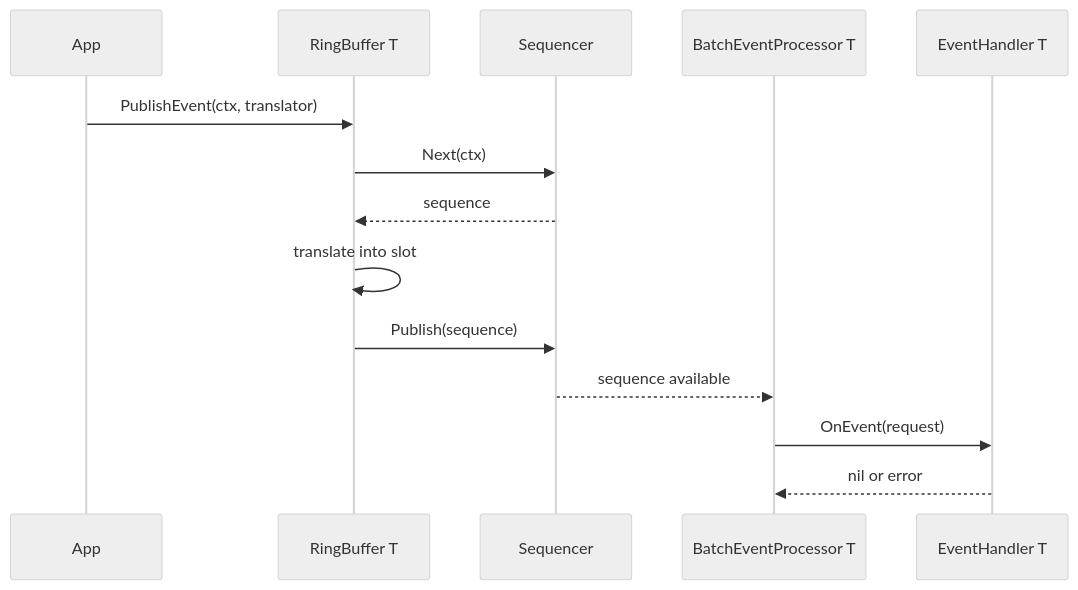
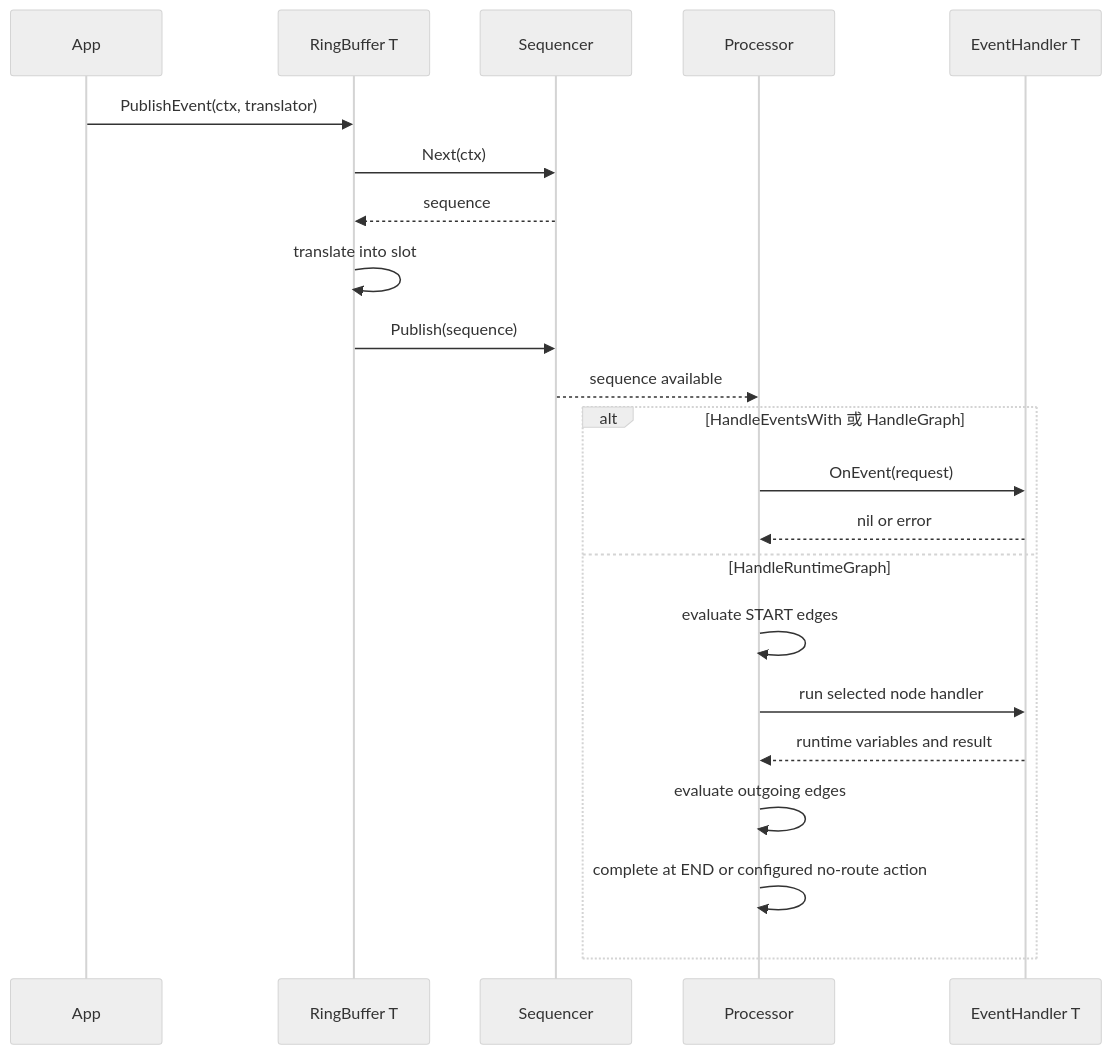
One commit to photowey/disruptor.go changed the second of 5 diagrams in README.zh-CN.md. Above: the diagram before and after it, drawn with Mermaid (neutral theme). The commit also changed other lines of this file and 3 other files, not shown here.

Commit message:
docs: sync runtime graph diagrams

````diff
--- a/README.zh-CN.md
+++ b/README.zh-CN.md
@@ -169,17 +196,25 @@
 ```mermaid
 sequenceDiagram
     participant App
     participant RB as RingBuffer T
     participant Seq as Sequencer
-    participant P as BatchEventProcessor T
+    participant Proc as Processor
     participant H as EventHandler T
 
     App->>RB: PublishEvent(ctx, translator)
     RB->>Seq: Next(ctx)
     Seq-->>RB: sequence
     RB->>RB: translate into slot
     RB->>Seq: Publish(sequence)
-    Seq-->>P: sequence available
-    P->>H: OnEvent(request)
-    H-->>P: nil or error
+    Seq-->>Proc: sequence available
+    alt HandleEventsWith 或 HandleGraph
+        Proc->>H: OnEvent(request)
+        H-->>Proc: nil or error
+    else HandleRuntimeGraph
+        Proc->>Proc: evaluate START edges
+        Proc->>H: run selected node handler
+        H-->>Proc: runtime variables and result
+        Proc->>Proc: evaluate outgoing edges
+        Proc->>Proc: complete at END or configured no-route action
+    end
 ```
````
